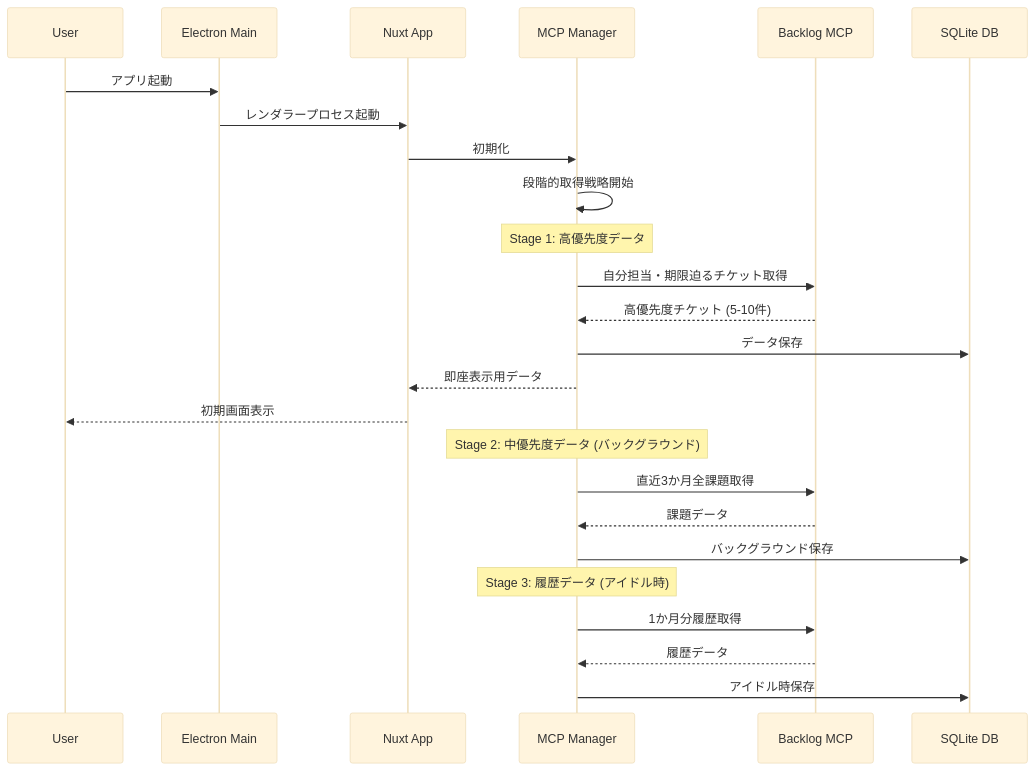
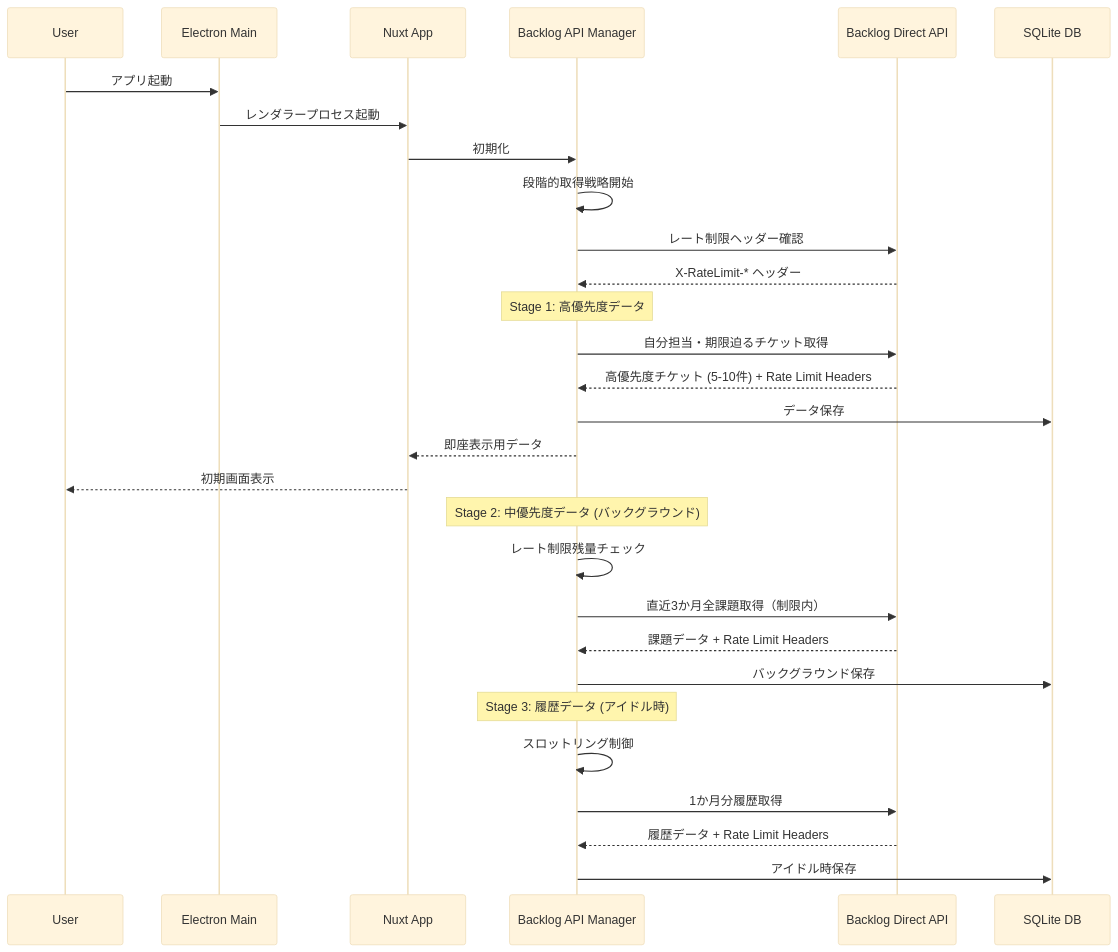
One commit to sumihiro3/project-lens changed the fourth of 6 diagrams in .kiro/specs/project-lens-desktop-app/design.md. Above: the diagram before and after it, drawn with Mermaid (base theme). The commit also changed other lines of this file and 3 other files, not shown here.

Commit message:
レートリミット把握のため、Backlog MCP Server を利用せずに API を直接実行するようにした

````diff
--- a/.kiro/specs/project-lens-desktop-app/design.md
+++ b/.kiro/specs/project-lens-desktop-app/design.md
@@ -342,31 +328,35 @@
 ```mermaid
 sequenceDiagram
     participant User
     participant ElectronMain as Electron Main
     participant NuxtApp as Nuxt App
-    participant MCPManager as MCP Manager
-    participant BacklogMCP as Backlog MCP
+    participant APIManager as Backlog API Manager
+    participant DirectAPI as Backlog Direct API
     participant SQLite as SQLite DB
 
     User->>ElectronMain: アプリ起動
     ElectronMain->>NuxtApp: レンダラープロセス起動
-    NuxtApp->>MCPManager: 初期化
-    MCPManager->>MCPManager: 段階的取得戦略開始
+    NuxtApp->>APIManager: 初期化
+    APIManager->>APIManager: 段階的取得戦略開始
+    APIManager->>DirectAPI: レート制限ヘッダー確認
+    DirectAPI-->>APIManager: X-RateLimit-* ヘッダー
 
-    Note over MCPManager: Stage 1: 高優先度データ
-    MCPManager->>BacklogMCP: 自分担当・期限迫るチケット取得
-    BacklogMCP-->>MCPManager: 高優先度チケット (5-10件)
-    MCPManager->>SQLite: データ保存
-    MCPManager-->>NuxtApp: 即座表示用データ
+    Note over APIManager: Stage 1: 高優先度データ
+    APIManager->>DirectAPI: 自分担当・期限迫るチケット取得
+    DirectAPI-->>APIManager: 高優先度チケット (5-10件) + Rate Limit Headers
+    APIManager->>SQLite: データ保存
+    APIManager-->>NuxtApp: 即座表示用データ
     NuxtApp-->>User: 初期画面表示
 
-    Note over MCPManager: Stage 2: 中優先度データ (バックグラウンド)
-    MCPManager->>BacklogMCP: 直近3か月全課題取得
-    BacklogMCP-->>MCPManager: 課題データ
-    MCPManager->>SQLite: バックグラウンド保存
+    Note over APIManager: Stage 2: 中優先度データ (バックグラウンド)
+    APIManager->>APIManager: レート制限残量チェック
+    APIManager->>DirectAPI: 直近3か月全課題取得（制限内）
+    DirectAPI-->>APIManager: 課題データ + Rate Limit Headers
+    APIManager->>SQLite: バックグラウンド保存
 
-    Note over MCPManager: Stage 3: 履歴データ (アイドル時)
-    MCPManager->>BacklogMCP: 1か月分履歴取得
-    BacklogMCP-->>MCPManager: 履歴データ
-    MCPManager->>SQLite: アイドル時保存
+    Note over APIManager: Stage 3: 履歴データ (アイドル時)
+    APIManager->>APIManager: スロットリング制御
+    APIManager->>DirectAPI: 1か月分履歴取得
+    DirectAPI-->>APIManager: 履歴データ + Rate Limit Headers
+    APIManager->>SQLite: アイドル時保存
 ```
````
